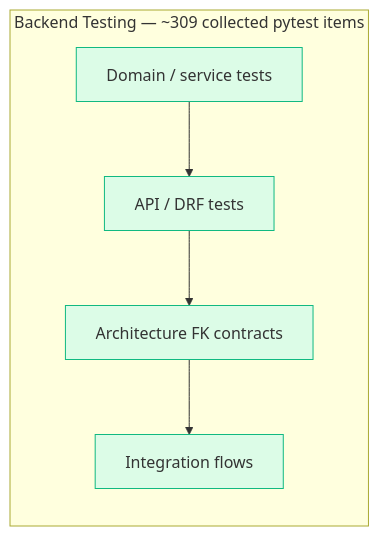
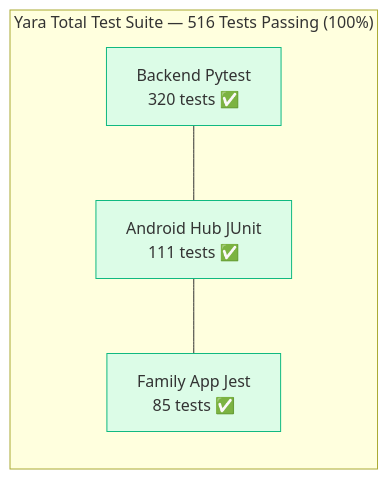
The eighth of 11 diagrams in docs/progress-flowchart.md (Aurliano/yara-care-os), drawn with Mermaid before and after one commit. The commit also changed other lines of this file and 75 other files, not shown here.

````diff
--- a/docs/progress-flowchart.md
+++ b/docs/progress-flowchart.md
@@ -432,16 +429,14 @@
 ```mermaid
 flowchart LR
-    subgraph TestSummary["Backend Testing — ~309 collected pytest items"]
-        UNIT["Domain / service tests"]
-        API["API / DRF tests"]
-        ARCH["Architecture FK contracts"]
-        INTEGRATION["Integration flows"]
+    subgraph TestSummary["Yara Total Test Suite — 516 Tests Passing (100%)"]
+        BE["Backend Pytest<br/>320 tests ✅"]
+        HUB["Android Hub JUnit<br/>111 tests ✅"]
+        FAM["Family App Jest<br/>85 tests ✅"]
     end
 
-    UNIT --> API --> ARCH --> INTEGRATION
+    BE --- HUB --- FAM
 
-    style UNIT fill:#dcfce7,stroke:#10b981
-    style API fill:#dcfce7,stroke:#10b981
-    style ARCH fill:#dcfce7,stroke:#10b981
-    style INTEGRATION fill:#dcfce7,stroke:#10b981
+    style BE fill:#dcfce7,stroke:#10b981
+    style HUB fill:#dcfce7,stroke:#10b981
+    style FAM fill:#dcfce7,stroke:#10b981
 ```
````
